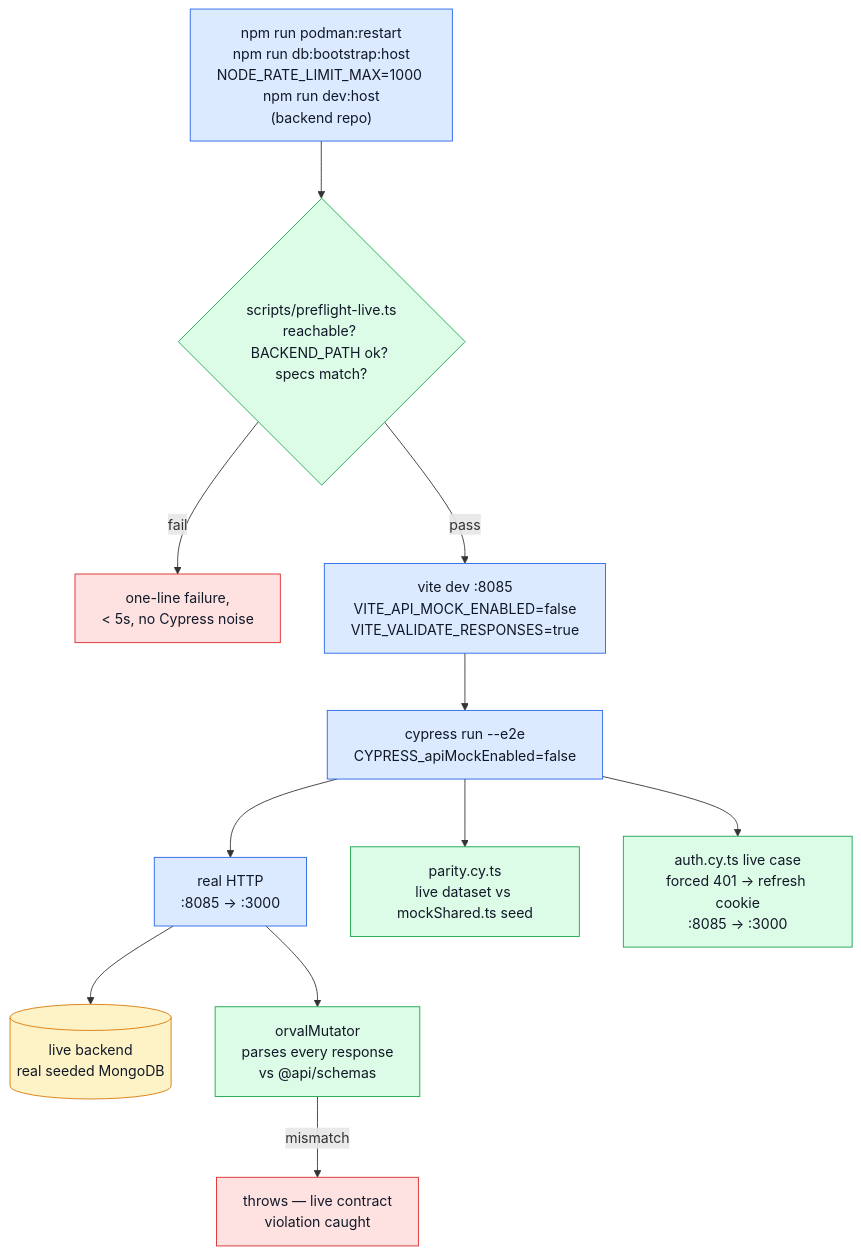
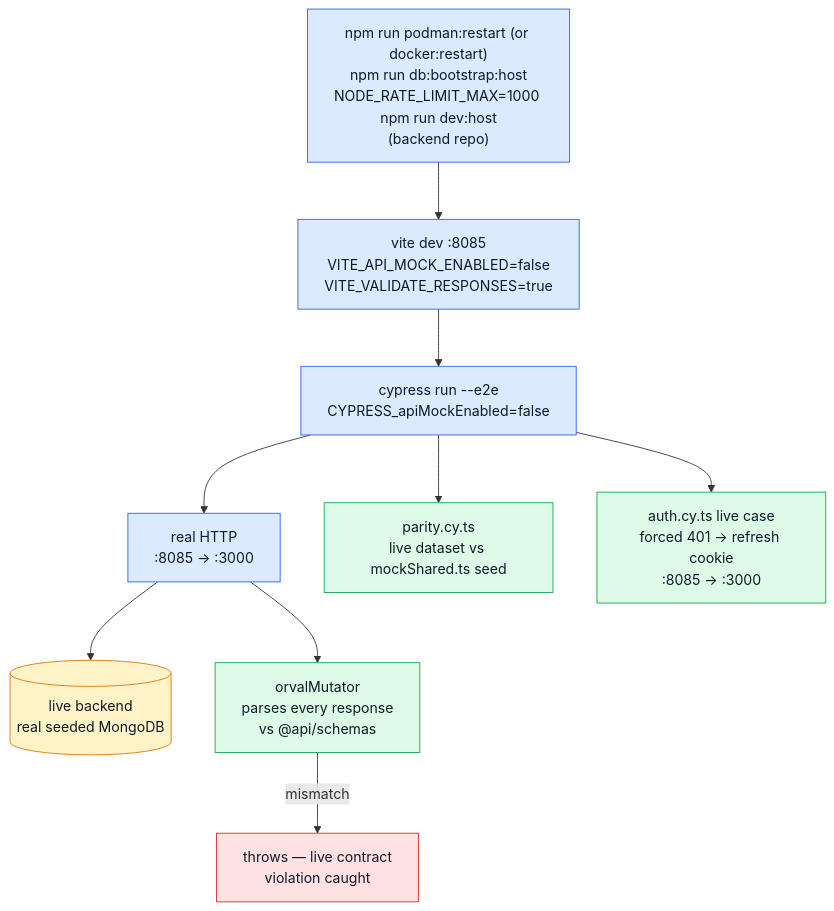
Before and after one commit to Guebbit/boilerplate-vue-frontend: the diagram in docs/tools/live-e2e.md, drawn with Mermaid. The commit also changed other lines of this file and 7 other files, not shown here.

First line of the commit message:
chore(e2e): drop the live preflight, document the boot sequence instead

````diff
--- a/docs/tools/live-e2e.md
+++ b/docs/tools/live-e2e.md
@@ -17,23 +16,21 @@
 ```mermaid
 %%{init: {'flowchart': {'nodeSpacing': 50, 'rankSpacing': 65}}}%%
 flowchart TB
-    Boot["npm run podman:restart\nnpm run db:bootstrap:host\nNODE_RATE_LIMIT_MAX=1000 npm run dev:host\n(backend repo)"] --> Preflight{"scripts/preflight-live.ts\nreachable? BACKEND_PATH ok? specs match?"}
-    Preflight -->|fail| Actionable["one-line failure,\n< 5s, no Cypress noise"]
-    Preflight -->|pass| Vite["vite dev :8085\nVITE_API_MOCK_ENABLED=false\nVITE_VALIDATE_RESPONSES=true"]
+    Boot["npm run podman:restart (or docker:restart)\nnpm run db:bootstrap:host\nNODE_RATE_LIMIT_MAX=1000 npm run dev:host\n(backend repo)"] --> Vite["vite dev :8085\nVITE_API_MOCK_ENABLED=false\nVITE_VALIDATE_RESPONSES=true"]
     Vite --> Cypress["cypress run --e2e\nCYPRESS_apiMockEnabled=false"]
     Cypress --> Real["real HTTP\n:8085 → :3000"]
     Real --> Backend[("live backend\nreal seeded MongoDB")]
     Real --> Mutator["orvalMutator\nparses every response\nvs @api/schemas"]
     Mutator -->|mismatch| Fail["throws — live contract\nviolation caught"]
     Cypress --> Parity["parity.cy.ts\nlive dataset vs mockShared.ts seed"]
     Cypress --> Refresh["auth.cy.ts live case\nforced 401 → refresh cookie\n:8085 → :3000"]
 
     classDef step fill:#dbeafe,stroke:#2563eb,color:#111827;
     classDef check fill:#dcfce7,stroke:#16a34a,color:#111827;
     classDef fail fill:#fee2e2,stroke:#dc2626,color:#111827;
     classDef data fill:#fef3c7,stroke:#d97706,color:#111827;
     class Boot,Vite,Cypress,Real step;
-    class Preflight,Mutator,Parity,Refresh check;
-    class Actionable,Fail fail;
+    class Mutator,Parity,Refresh check;
+    class Fail fail;
     class Backend data;
 ```
````
